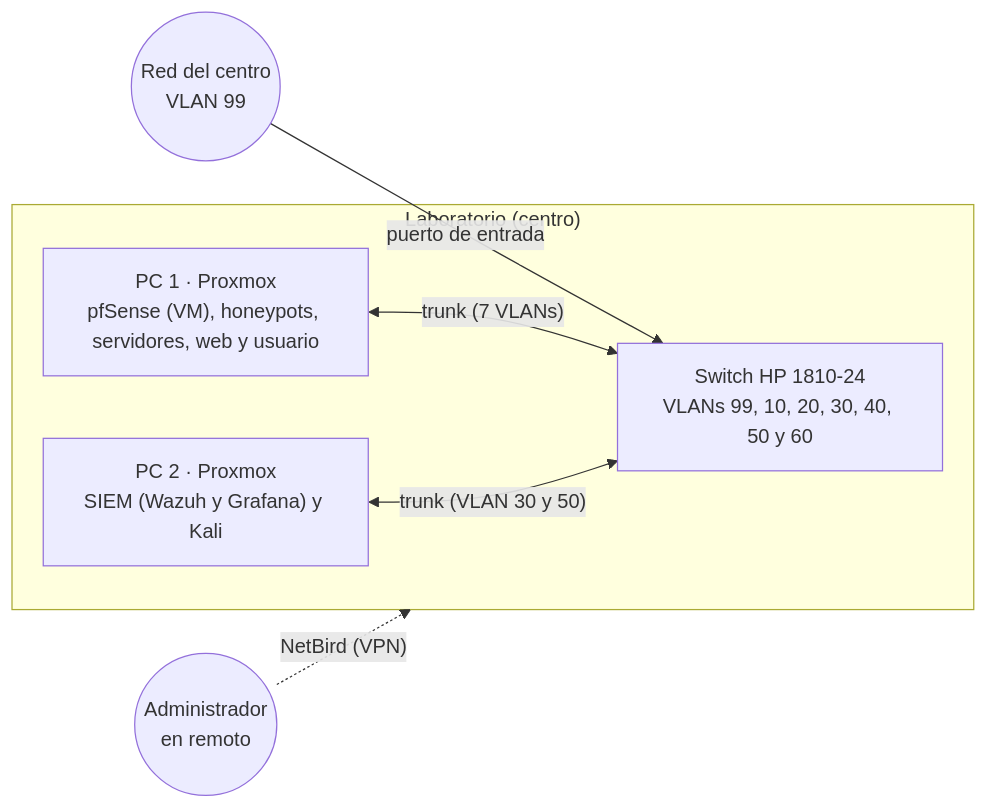
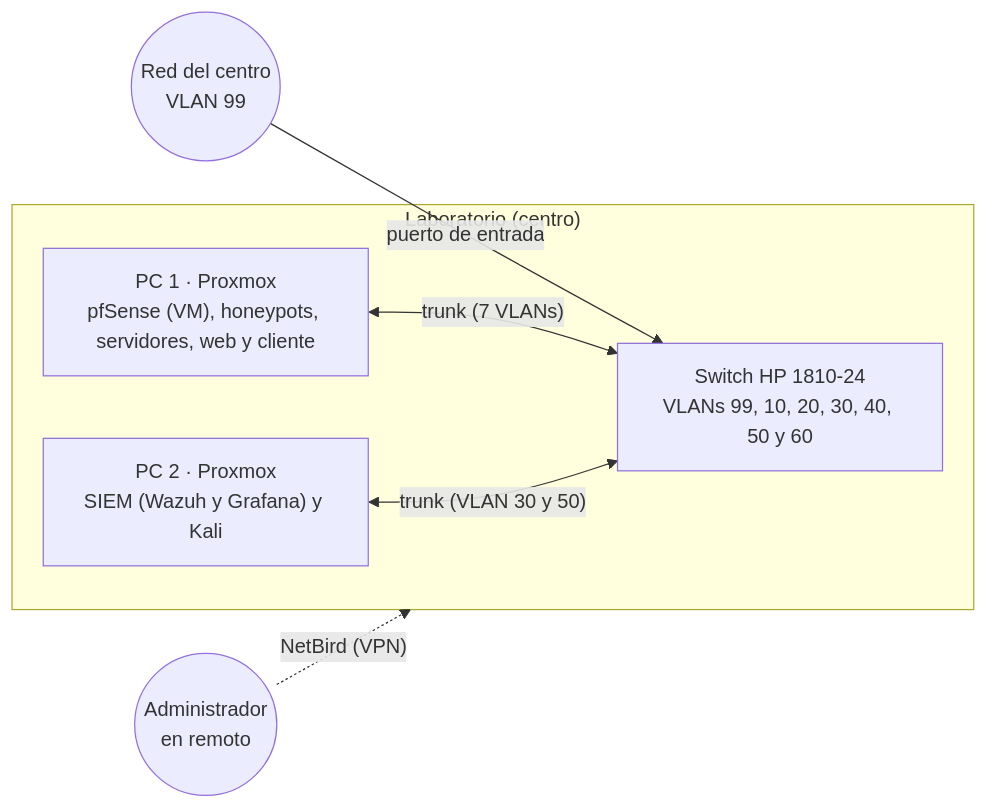
The first of 3 diagrams in docs/honeynet/introduccion-al-proyecto/infraestructura-fisica.md (alexnaranjooo/APUNTES-ASIX), drawn with Mermaid before and after one commit. The commit also changed other lines of this file and 17 other files, not shown here.

````diff
--- a/docs/honeynet/introduccion-al-proyecto/infraestructura-fisica.md
+++ b/docs/honeynet/introduccion-al-proyecto/infraestructura-fisica.md
@@ -30,17 +30,17 @@
 ```mermaid
 flowchart LR
     CENTRO(("Red del centro<br/>VLAN 99"))
 
     subgraph LAB["Laboratorio (centro)"]
         SW["Switch HP 1810-24<br/>VLANs 99, 10, 20, 30, 40, 50 y 60"]
-        PC1["PC 1 · Proxmox<br/>pfSense (VM), honeypots, servidores, web y usuario"]
+        PC1["PC 1 · Proxmox<br/>pfSense (VM), honeypots, servidores, web y cliente"]
         PC2["PC 2 · Proxmox<br/>SIEM (Wazuh y Grafana) y Kali"]
     end
 
     ADMIN(("Administrador<br/>en remoto"))
 
     CENTRO -- "puerto de entrada" --> SW
     PC1 <-- "trunk (7 VLANs)" --> SW
     PC2 <-- "trunk (VLAN 30 y 50)" --> SW
     ADMIN -. "NetBird (VPN)" .-> LAB
 ```
````
